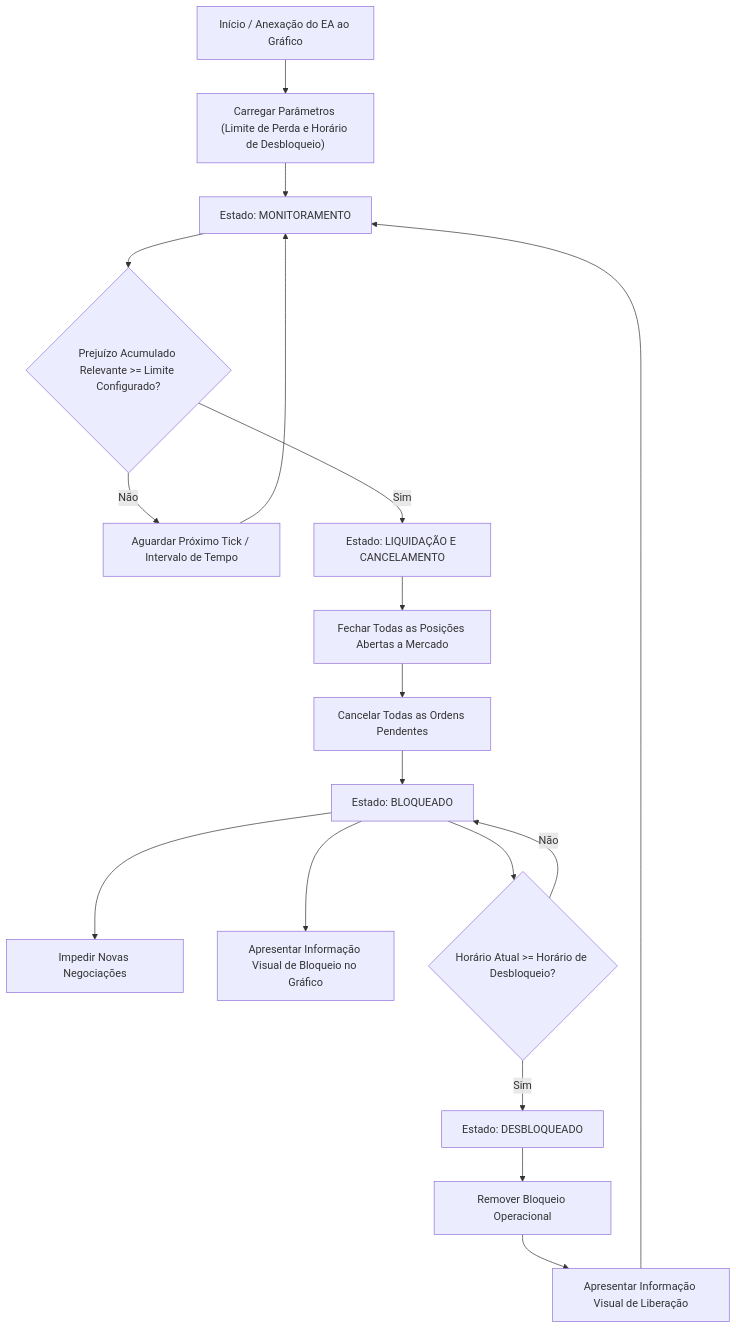
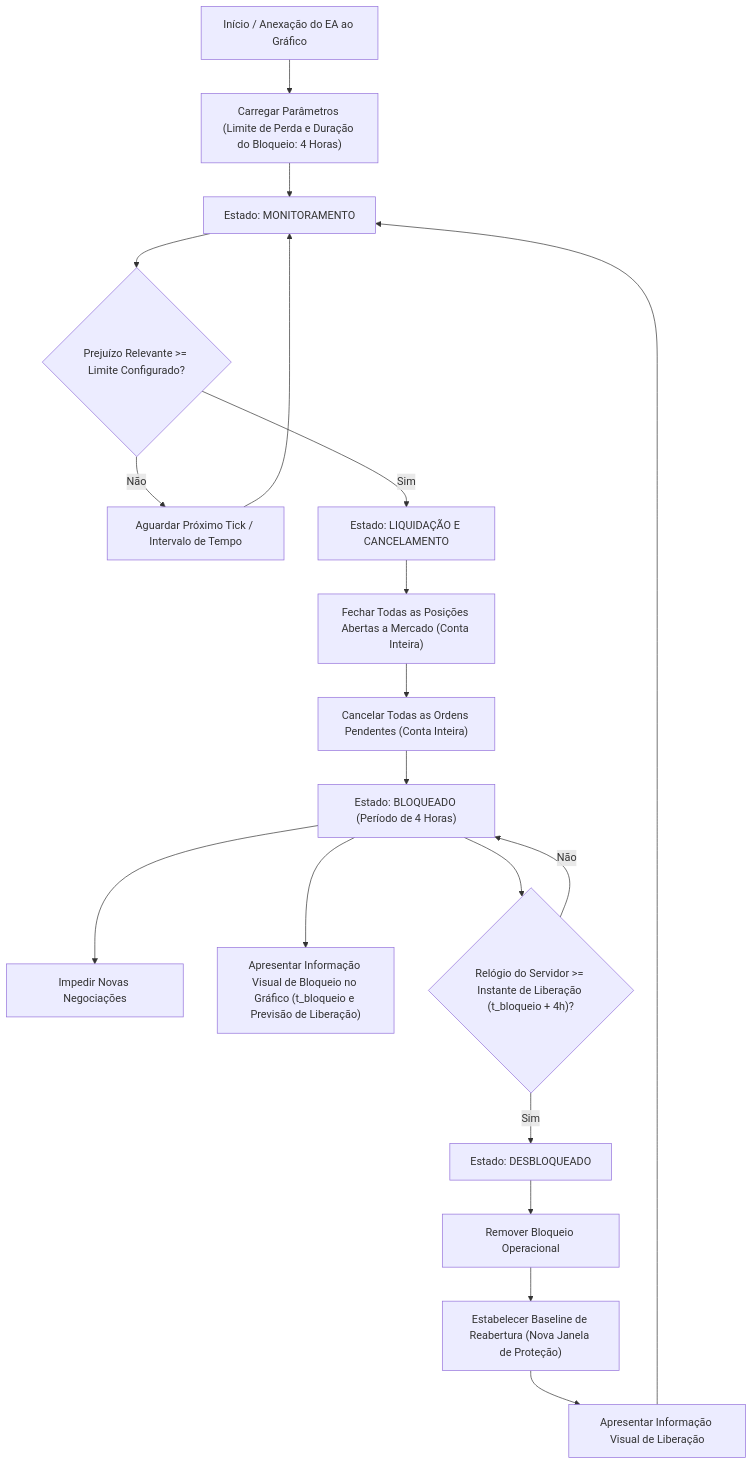
The diagram in docs/01-VISAO-GERAL.md (hallanbrito/eddytrader), drawn with Mermaid before and after one commit. The commit also changed other lines of this file and 12 other files, not shown here.

````diff
--- a/docs/01-VISAO-GERAL.md
+++ b/docs/01-VISAO-GERAL.md
@@ -41,19 +41,20 @@
 ```mermaid
 flowchart TD
-    A["Início / Anexação do EA ao Gráfico"] --> B["Carregar Parâmetros (Limite de Perda e Horário de Desbloqueio)"]
+    A["Início / Anexação do EA ao Gráfico"] --> B["Carregar Parâmetros (Limite de Perda e Duração do Bloqueio: 4 Horas)"]
     B --> C["Estado: MONITORAMENTO"]
-    C --> D{"Prejuízo Acumulado Relevante >= Limite Configurado?"}
+    C --> D{"Prejuízo Relevante >= Limite Configurado?"}
     D -- Não --> E["Aguardar Próximo Tick / Intervalo de Tempo"] --> C
     D -- Sim --> F["Estado: LIQUIDAÇÃO E CANCELAMENTO"]
-    F --> G["Fechar Todas as Posições Abertas a Mercado"]
-    G --> H["Cancelar Todas as Ordens Pendentes"]
-    H --> I["Estado: BLOQUEADO"]
+    F --> G["Fechar Todas as Posições Abertas a Mercado (Conta Inteira)"]
+    G --> H["Cancelar Todas as Ordens Pendentes (Conta Inteira)"]
+    H --> I["Estado: BLOQUEADO (Período de 4 Horas)"]
     I --> J["Impedir Novas Negociações"]
-    I --> K["Apresentar Informação Visual de Bloqueio no Gráfico"]
-    I --> L{"Horário Atual >= Horário de Desbloqueio?"}
+    I --> K["Apresentar Informação Visual de Bloqueio no Gráfico (t_bloqueio e Previsão de Liberação)"]
+    I --> L{"Relógio do Servidor >= Instante de Liberação (t_bloqueio + 4h)?"}
     L -- Não --> I
     L -- Sim --> M["Estado: DESBLOQUEADO"]
     M --> N["Remover Bloqueio Operacional"]
-    N --> O["Apresentar Informação Visual de Liberação"]
-    O --> C
+    N --> O["Estabelecer Baseline de Reabertura (Nova Janela de Proteção)"]
+    O --> P["Apresentar Informação Visual de Liberação"]
+    P --> C
 ```
````
